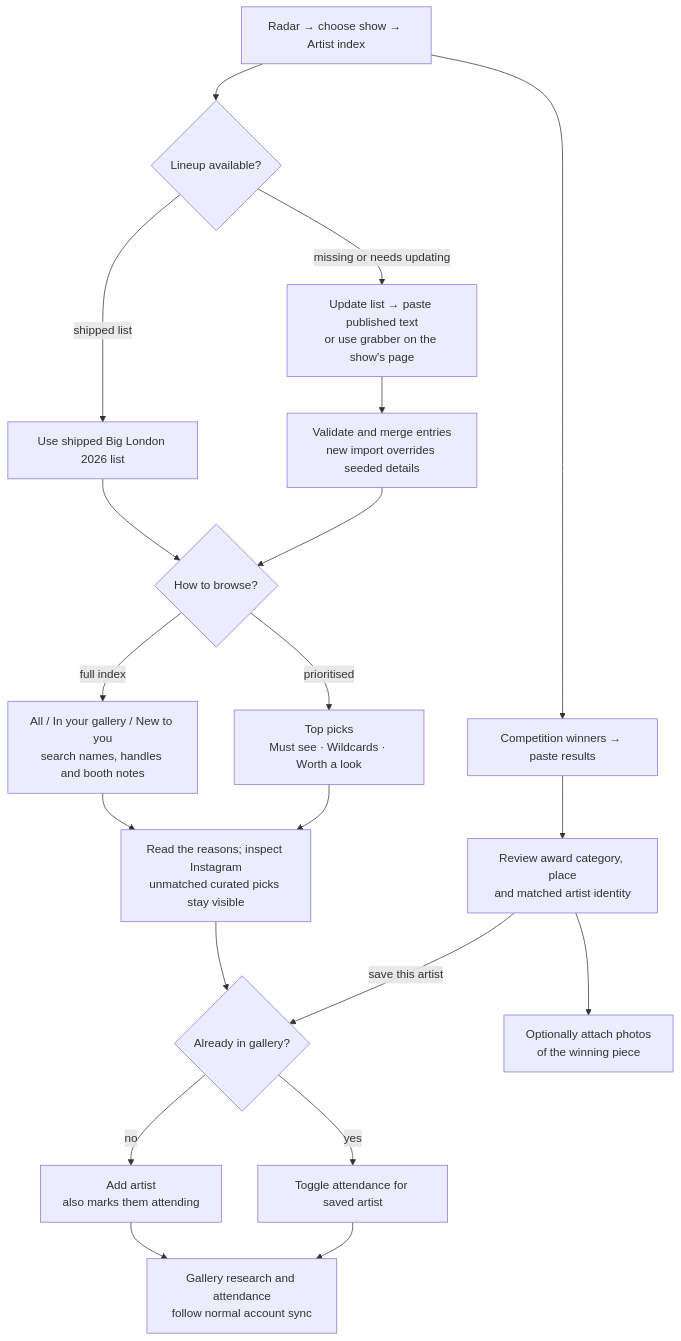
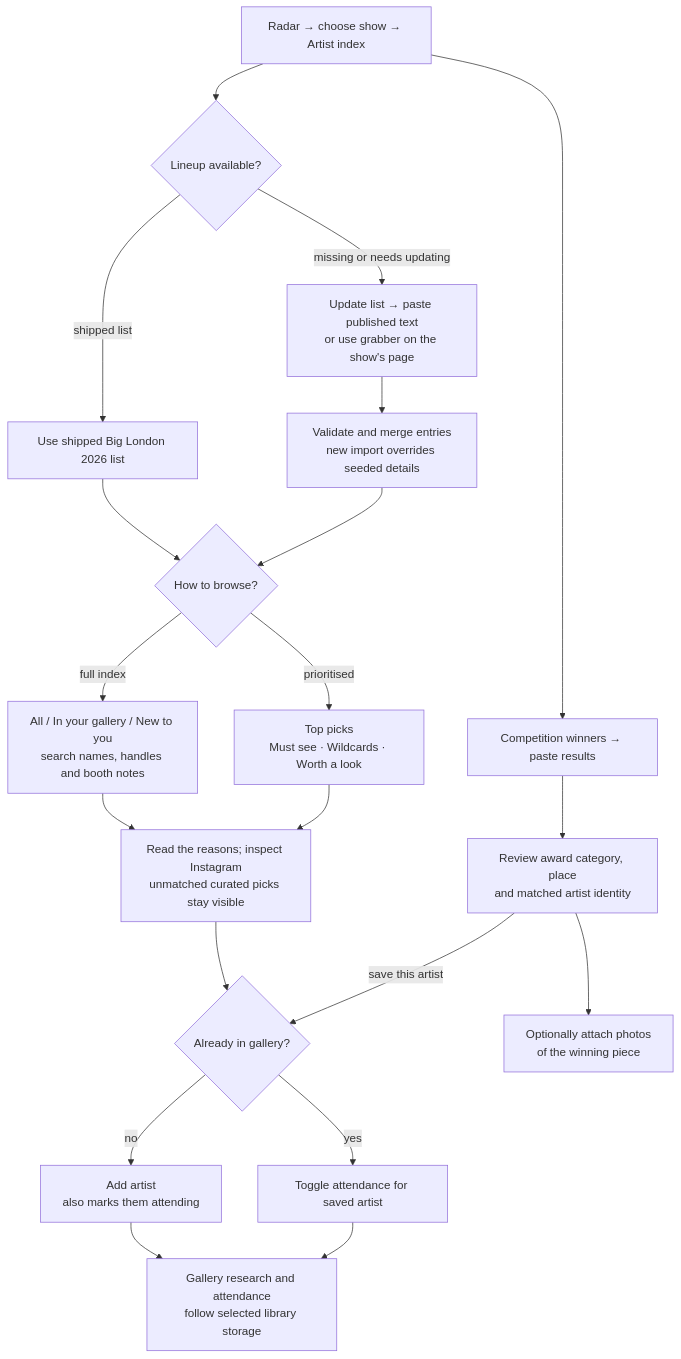
One commit to Pritesh1980/sable changed the seventh of 8 diagrams in docs/USER-WORKFLOWS.md. Above: the diagram before and after it, drawn with Mermaid. The commit also changed other lines of this file and 39 other files, not shown here.

````diff
--- a/docs/USER-WORKFLOWS.md
+++ b/docs/USER-WORKFLOWS.md
@@ -291,30 +291,30 @@
 ```mermaid
 flowchart TB
   RADAR["Radar → choose show → Artist index"]
   SOURCE{"Lineup available?"}
   SEED["Use shipped Big London 2026 list"]
   IMPORT["Update list → paste published text<br/>or use grabber on the show's page"]
   MERGE["Validate and merge entries<br/>new import overrides seeded details"]
   VIEW{"How to browse?"}
   ALL["All / In your gallery / New to you<br/>search names, handles and booth notes"]
   PICKS["Top picks<br/>Must see · Wildcards · Worth a look"]
   CHECK["Read the reasons; inspect Instagram<br/>unmatched curated picks stay visible"]
   SAVED{"Already in gallery?"}
   ADD["Add artist<br/>also marks them attending"]
   FLAG["Toggle attendance for saved artist"]
-  KEEP["Gallery research and attendance<br/>follow normal account sync"]
+  KEEP["Gallery research and attendance<br/>follow selected library storage"]
   WIN["Competition winners → paste results"]
   REVIEW["Review award category, place<br/>and matched artist identity"]
   PHOTO["Optionally attach photos<br/>of the winning piece"]
 
   RADAR --> SOURCE
   SOURCE -- "shipped list" --> SEED --> VIEW
   SOURCE -- "missing or needs updating" --> IMPORT --> MERGE --> VIEW
   VIEW -- "full index" --> ALL --> CHECK
   VIEW -- "prioritised" --> PICKS --> CHECK
   CHECK --> SAVED
   SAVED -- no --> ADD --> KEEP
   SAVED -- yes --> FLAG --> KEEP
   RADAR --> WIN --> REVIEW --> PHOTO
   REVIEW -- "save this artist" --> SAVED
 ```
````
